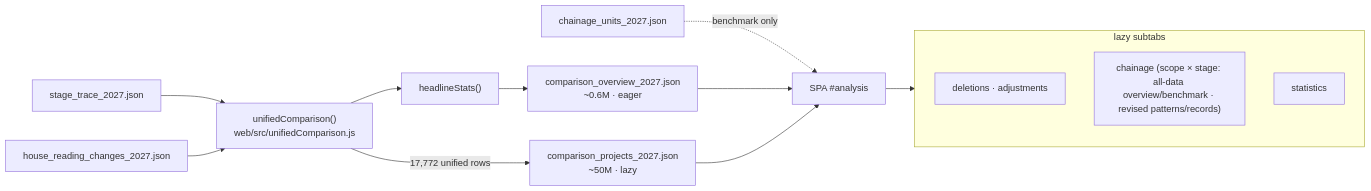
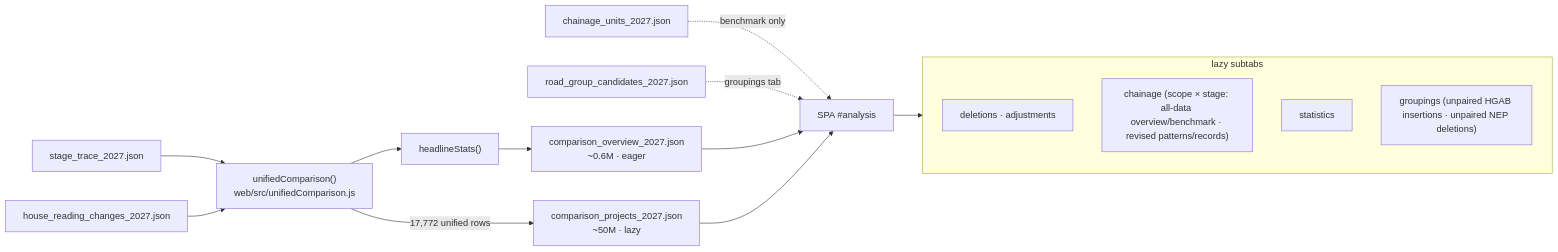
The fifth of 6 diagrams in analysis/docs/data_pipeline.md (csiiiv/DPWH-NEP-HB-2027-ANALYSIS), drawn with Mermaid before and after one commit. The commit also changed other lines of this file and 46 other files, not shown here.

````diff
--- a/analysis/docs/data_pipeline.md
+++ b/analysis/docs/data_pipeline.md
@@ -235,17 +263,19 @@
 ```mermaid
 flowchart LR
     TRC["stage_trace_2027.json"] --> UC["unifiedComparison()<br/>web/src/unifiedComparison.js"]
     HRD["house_reading_changes_2027.json"] --> UC
     UC -->|"17,772 unified rows"| FULL["comparison_projects_2027.json<br/>~50M · lazy"]
     UC --> HS["headlineStats()"]
     HS --> OV["comparison_overview_2027.json<br/>~0.6M · eager"]
     CHU["chainage_units_2027.json"] -.->|"benchmark only"| SPA
+    RDG["road_group_candidates_2027.json"] -.->|"groupings tab"| SPA
     OV --> SPA["SPA #analysis"]
     FULL --> SPA
     subgraph LAZY["lazy subtabs"]
         DEL["deletions · adjustments"]
         CHA["chainage (scope × stage: all-data overview/benchmark · revised patterns/records)"]
         STA["statistics"]
+        RDG2["groupings (unpaired HGAB insertions · unpaired NEP deletions)"]
     end
     SPA --> LAZY
 ```
````
